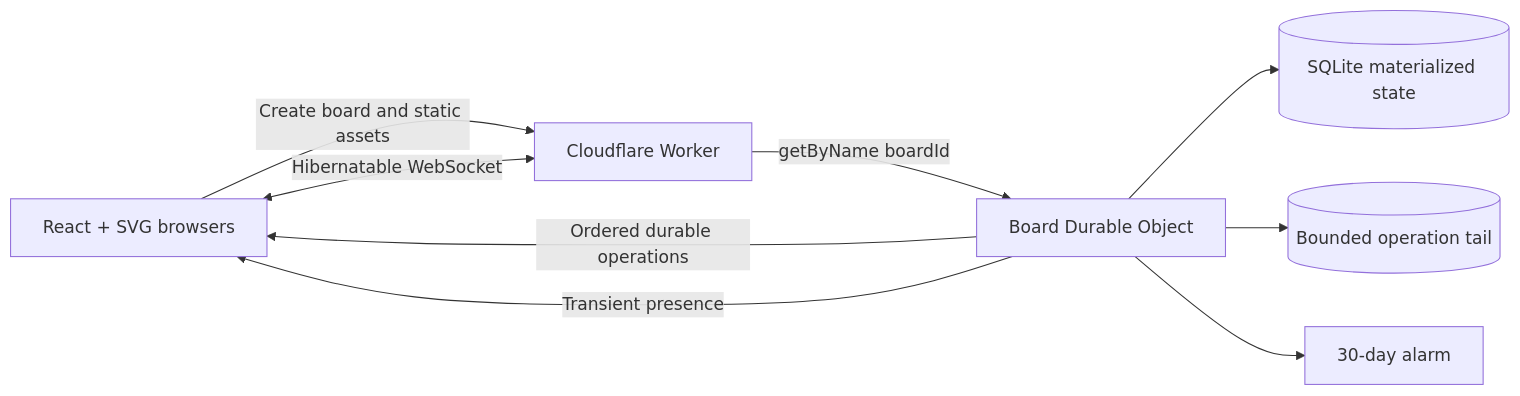
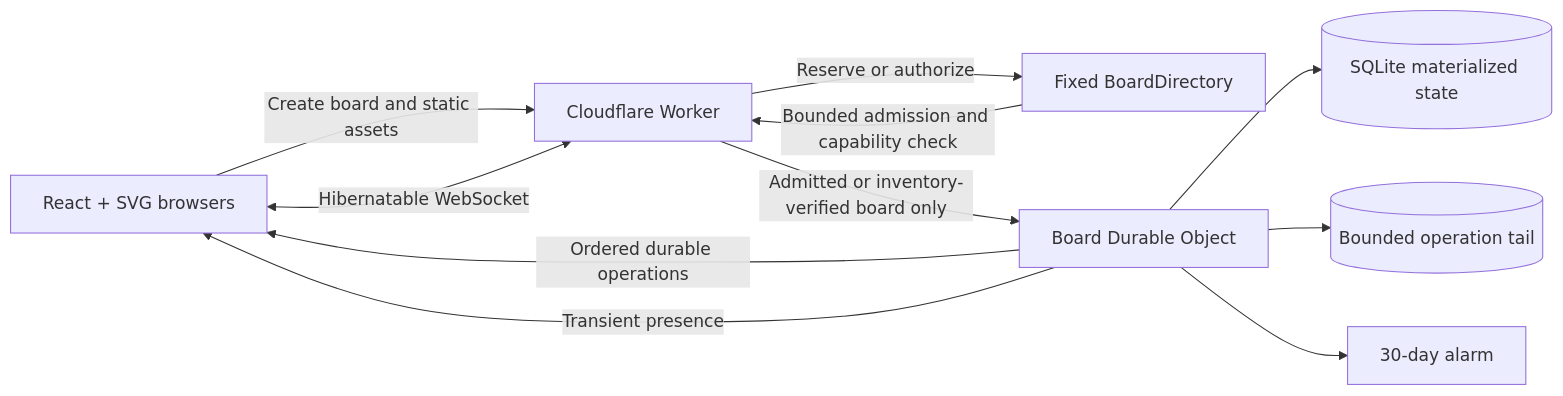
Before and after one commit to Gryczka/cloudflare-whiteboard: the diagram in README.md, drawn with Mermaid. The commit also changed other lines of this file and 17 other files, not shown here.

````diff
--- a/README.md
+++ b/README.md
@@ -45,11 +48,13 @@
 ```mermaid
 flowchart LR
     B[React + SVG browsers] -->|Create board and static assets| W[Cloudflare Worker]
     B <-->|Hibernatable WebSocket| W
-    W -->|getByName boardId| D[Board Durable Object]
+    W -->|Reserve or authorize| C[Fixed BoardDirectory]
+    C -->|Bounded admission and capability check| W
+    W -->|Admitted or inventory-verified board only| D[Board Durable Object]
     D --> S[(SQLite materialized state)]
     D --> O[(Bounded operation tail)]
     D --> A[30-day alarm]
     D -->|Ordered durable operations| B
     D -->|Transient presence| B
 ```
````
